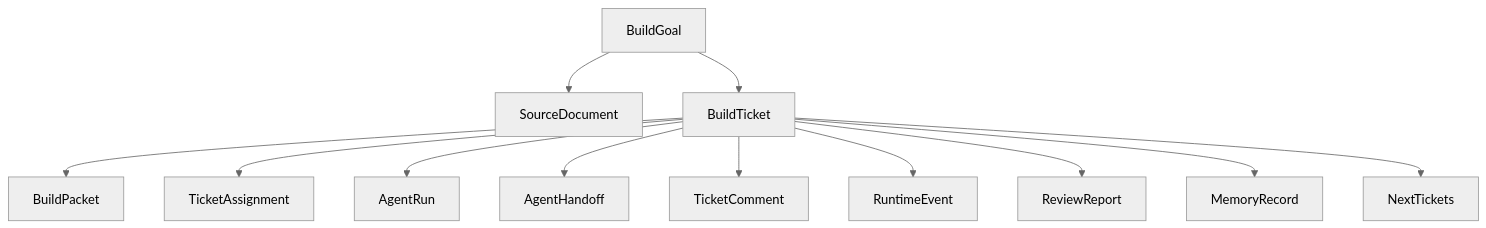
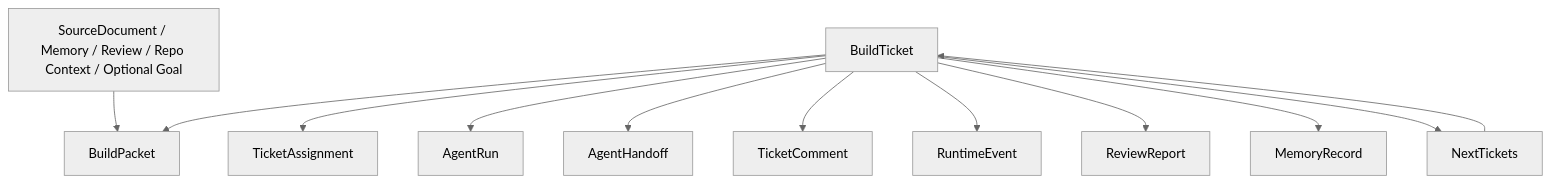
One commit to Hackerismydream/Ariadne changed the third of 5 diagrams in docs/architecture/ARIADNE_V1_ARCHITECTURE.md. Above: the diagram before and after it, drawn with Mermaid (neutral theme). The commit also changed other lines of this file and 26 other files, not shown here.

Commit message:
docs: correct architecture to ticket-centered workbench

````diff
--- a/docs/architecture/ARIADNE_V1_ARCHITECTURE.md
+++ b/docs/architecture/ARIADNE_V1_ARCHITECTURE.md
@@ -248,14 +267,14 @@
 ```mermaid
 flowchart TB
-  Goal["BuildGoal"] --> Source["SourceDocument"]
-  Goal --> Ticket["BuildTicket"]
-  Ticket --> Packet["BuildPacket"]
+  Ticket["BuildTicket"] --> Packet["BuildPacket"]
   Ticket --> Assignment["TicketAssignment"]
   Ticket --> Run["AgentRun"]
   Ticket --> Handoff["AgentHandoff"]
   Ticket --> Comment["TicketComment"]
   Ticket --> Event["RuntimeEvent"]
   Ticket --> Review["ReviewReport"]
   Ticket --> Memory["MemoryRecord"]
   Ticket --> Next["NextTickets"]
+  Source["SourceDocument / Memory / Review / Repo Context / Optional Goal"] --> Packet
+  Next --> Ticket
 ```
````
